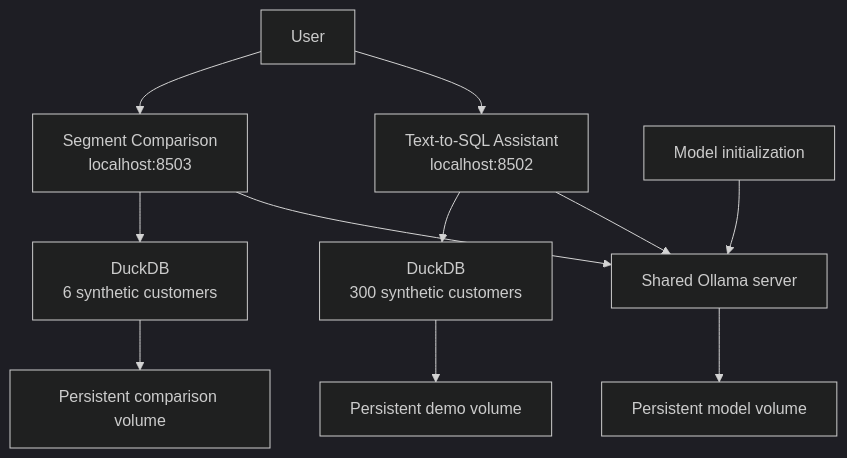
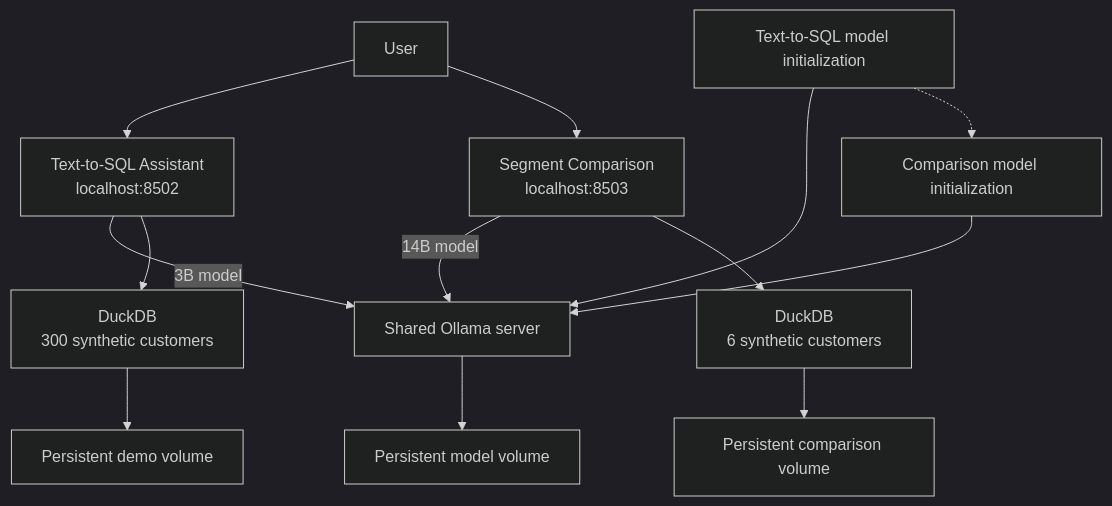
Before and after one commit to SL14-SL/llm-customer-segmentation-assistant: the first of 3 diagrams in README.md, drawn with Mermaid (dark theme). The commit also changed other lines of this file and 12 other files, not shown here.

First line of the commit message:
Improve comparison reliability and model configuration (#6)

````diff
--- a/README.md
+++ b/README.md
@@ -255,19 +271,21 @@
 ```mermaid
 flowchart TD
     U["User"]
 
     U --> A["Text-to-SQL Assistant<br/>localhost:8502"]
     U --> B["Segment Comparison<br/>localhost:8503"]
 
-    A --> O["Shared Ollama server"]
-    B --> O
+    A -->|"3B model"| O["Shared Ollama server"]
+    B -->|"14B model"| O
 
     A --> D1["DuckDB<br/>300 synthetic customers"]
     B --> D2["DuckDB<br/>6 synthetic customers"]
 
     O --> V1["Persistent model volume"]
     D1 --> V2["Persistent demo volume"]
     D2 --> V3["Persistent comparison volume"]
 
-    M["Model initialization"] --> O
+    M1["Text-to-SQL model initialization"] --> O
+    M2["Comparison model initialization"] --> O
+    M1 -.-> M2
 ```
````
